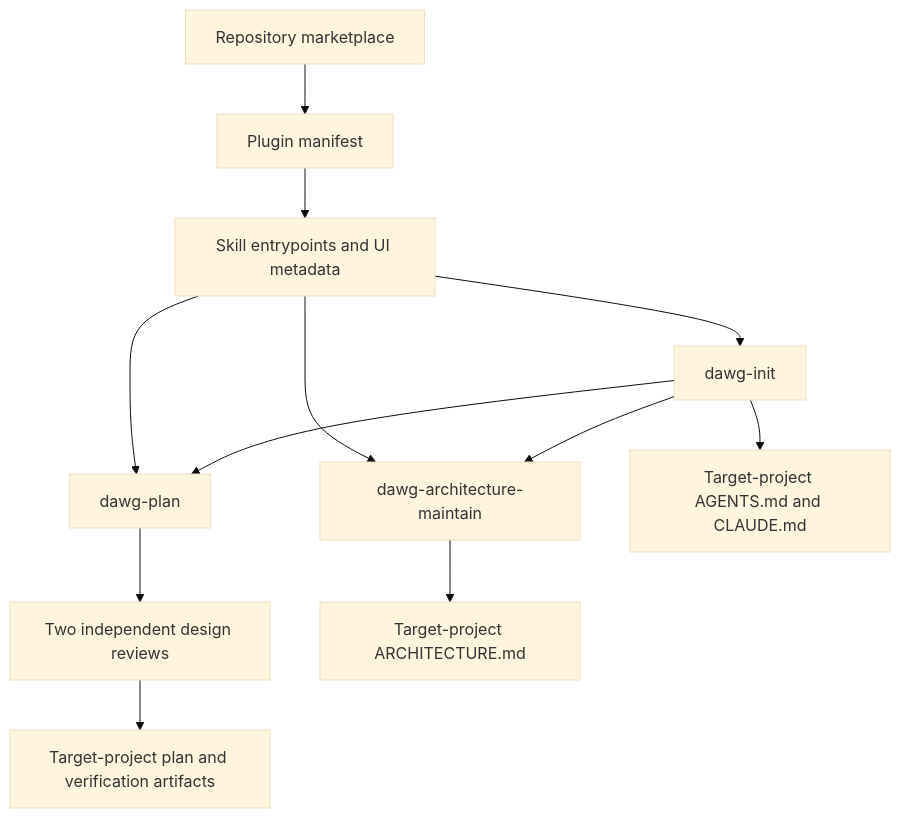
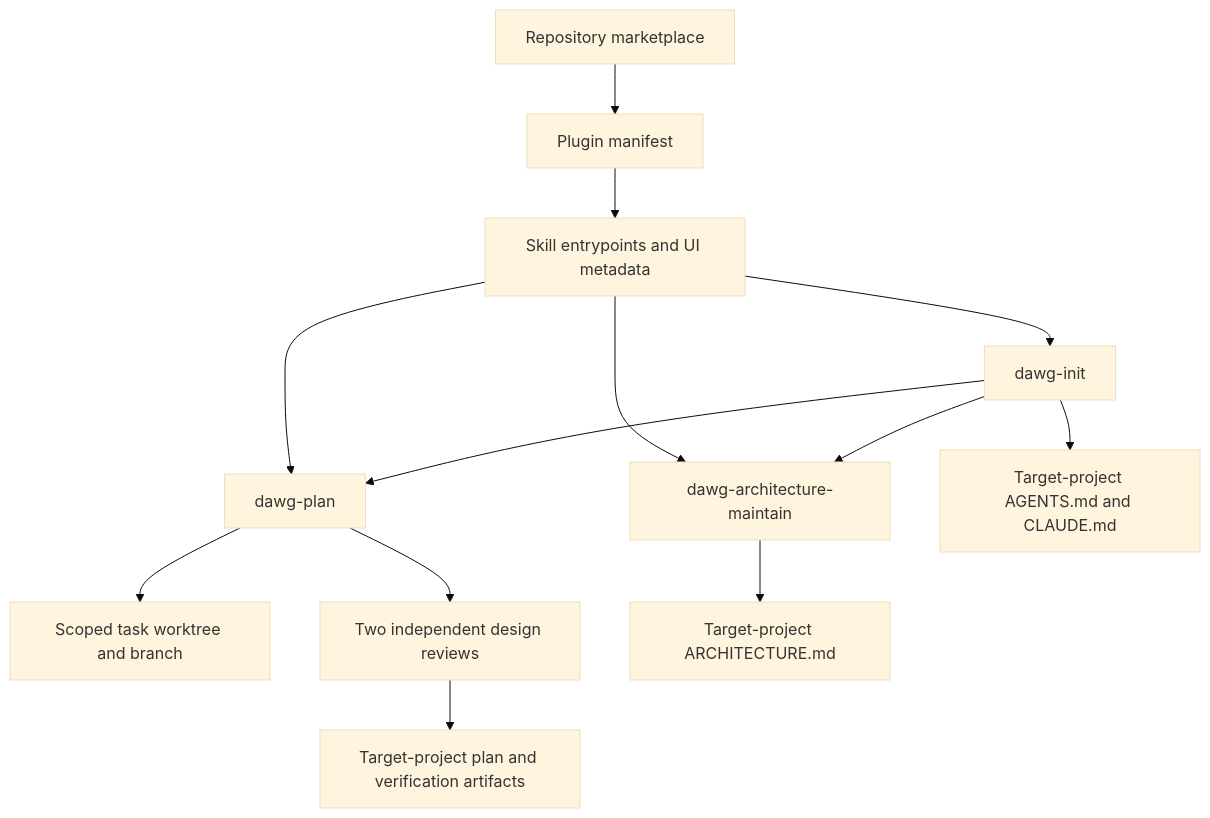
One commit to pdawgy-sg/pdawgy-skills changed the diagram in ARCHITECTURE.md. Above: the diagram before and after it, drawn with Mermaid (base theme). The commit also changed other lines of this file and 44 other files, not shown here.

Commit message:
feat(dawg-plan): require verified worktree delivery

````diff
--- a/ARCHITECTURE.md
+++ b/ARCHITECTURE.md
@@ -50,14 +65,15 @@
 ```mermaid
 flowchart TD
     Marketplace[Repository marketplace] --> Manifest[Plugin manifest]
     Manifest --> Skills[Skill entrypoints and UI metadata]
     Skills --> Init[dawg-init]
     Skills --> Plan[dawg-plan]
     Skills --> Maintain[dawg-architecture-maintain]
     Init --> Plan
     Init --> Maintain
+    Plan --> Worktree[Scoped task worktree and branch]
     Plan --> Reviews[Two independent design reviews]
     Reviews --> Artifacts[Target-project plan and verification artifacts]
     Init --> Guidance[Target-project AGENTS.md and CLAUDE.md]
     Maintain --> Architecture[Target-project ARCHITECTURE.md]
 ```
````
